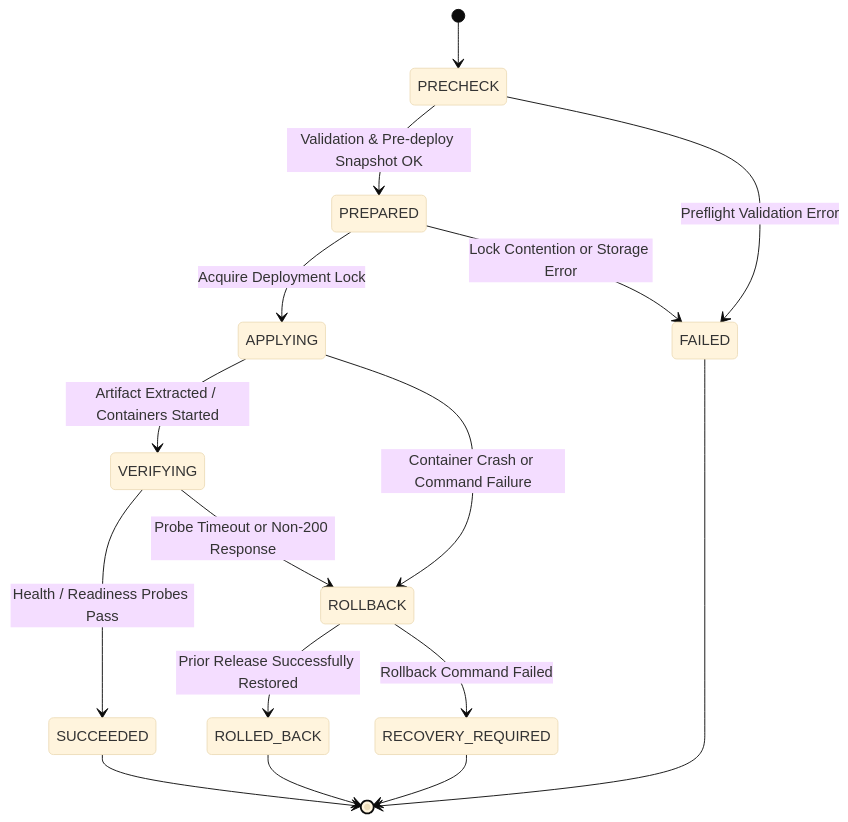
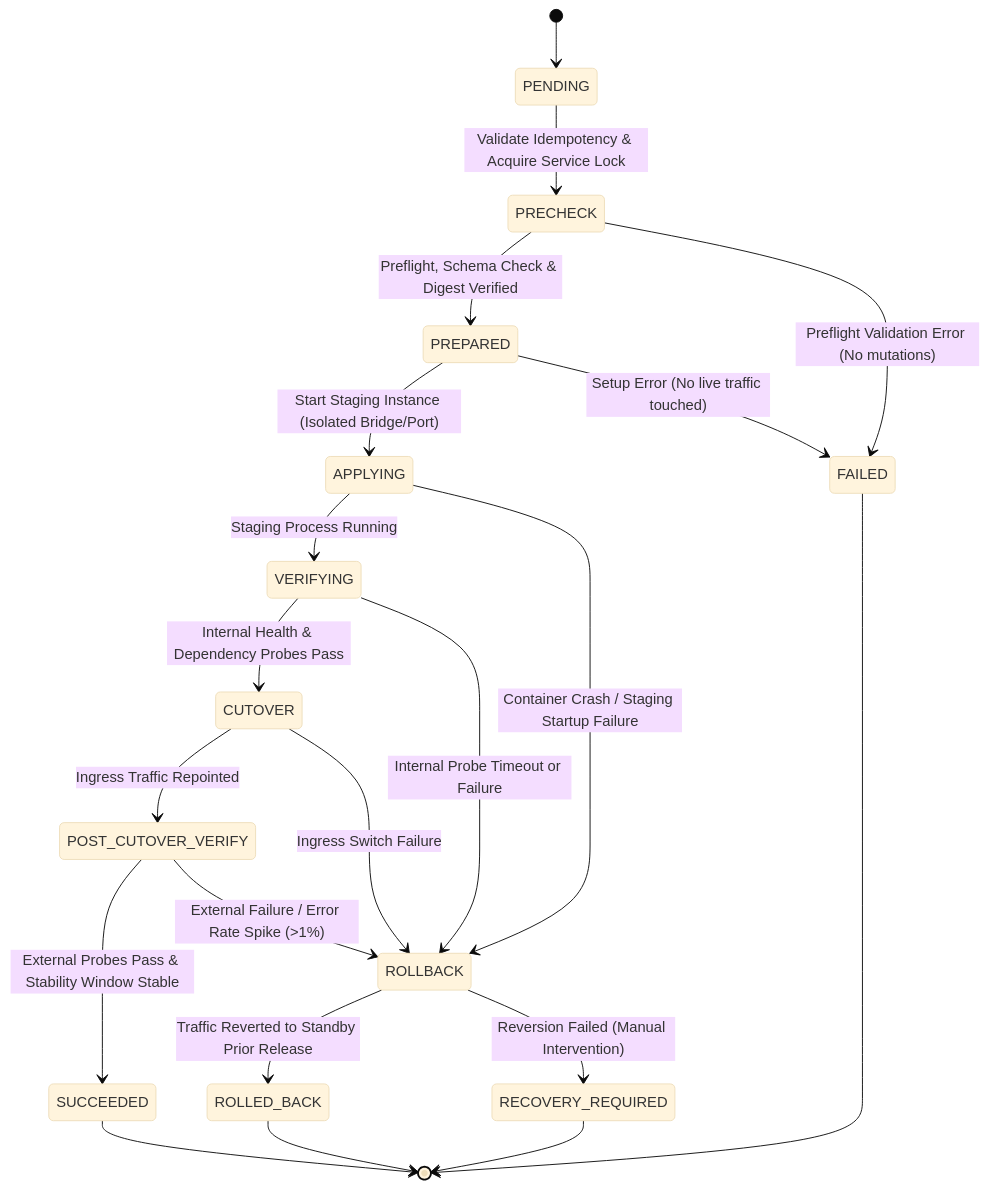
The diagram in docs/remediation/phase-0/07_DEPLOYMENT_SAFETY_CONTRACT.md (tmk-computers/vps-infra), drawn with Mermaid (base theme) before and after one commit. The commit also changed other lines of this file and 47 other files, not shown here.

````diff
--- a/docs/remediation/phase-0/07_DEPLOYMENT_SAFETY_CONTRACT.md
+++ b/docs/remediation/phase-0/07_DEPLOYMENT_SAFETY_CONTRACT.md
@@ -25,24 +27,32 @@
 ```mermaid
 stateDiagram-v2
-    [*] --> PRECHECK
+    [*] --> PENDING
     
-    PRECHECK --> PREPARED : Validation & Pre-deploy Snapshot OK
-    PRECHECK --> FAILED : Preflight Validation Error
+    PENDING --> PRECHECK : Validate Idempotency & Acquire Service Lock
     
-    PREPARED --> APPLYING : Acquire Deployment Lock
-    PREPARED --> FAILED : Lock Contention or Storage Error
+    PRECHECK --> PREPARED : Preflight, Schema Check & Digest Verified
+    PRECHECK --> FAILED : Preflight Validation Error (No mutations)
     
-    APPLYING --> VERIFYING : Artifact Extracted / Containers Started
-    APPLYING --> ROLLBACK : Container Crash or Command Failure
+    PREPARED --> APPLYING : Start Staging Instance (Isolated Bridge/Port)
+    PREPARED --> FAILED : Setup Error (No live traffic touched)
     
-    VERIFYING --> SUCCEEDED : Health / Readiness Probes Pass
-    VERIFYING --> ROLLBACK : Probe Timeout or Non-200 Response
+    APPLYING --> VERIFYING : Staging Process Running
+    APPLYING --> ROLLBACK : Container Crash / Staging Startup Failure
     
-    ROLLBACK --> ROLLED_BACK : Prior Release Successfully Restored
-    ROLLBACK --> RECOVERY_REQUIRED : Rollback Command Failed
+    VERIFYING --> CUTOVER : Internal Health & Dependency Probes Pass
+    VERIFYING --> ROLLBACK : Internal Probe Timeout or Failure
+    
+    CUTOVER --> POST_CUTOVER_VERIFY : Ingress Traffic Repointed
+    CUTOVER --> ROLLBACK : Ingress Switch Failure
+    
+    POST_CUTOVER_VERIFY --> SUCCEEDED : External Probes Pass & Stability Window Stable
+    POST_CUTOVER_VERIFY --> ROLLBACK : External Failure / Error Rate Spike (>1%)
+    
+    ROLLBACK --> ROLLED_BACK : Traffic Reverted to Standby Prior Release
+    ROLLBACK --> RECOVERY_REQUIRED : Reversion Failed (Manual Intervention)
     
     SUCCEEDED --> [*]
     ROLLED_BACK --> [*]
     FAILED --> [*]
     RECOVERY_REQUIRED --> [*]
 ```
````
